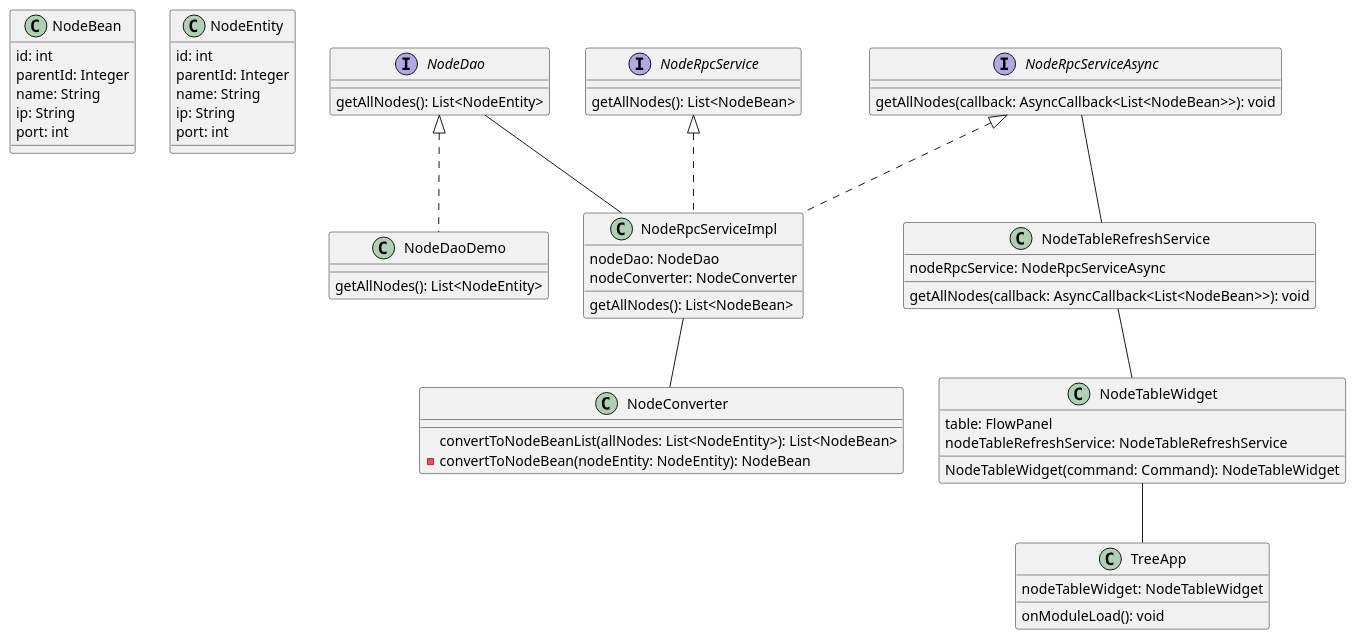
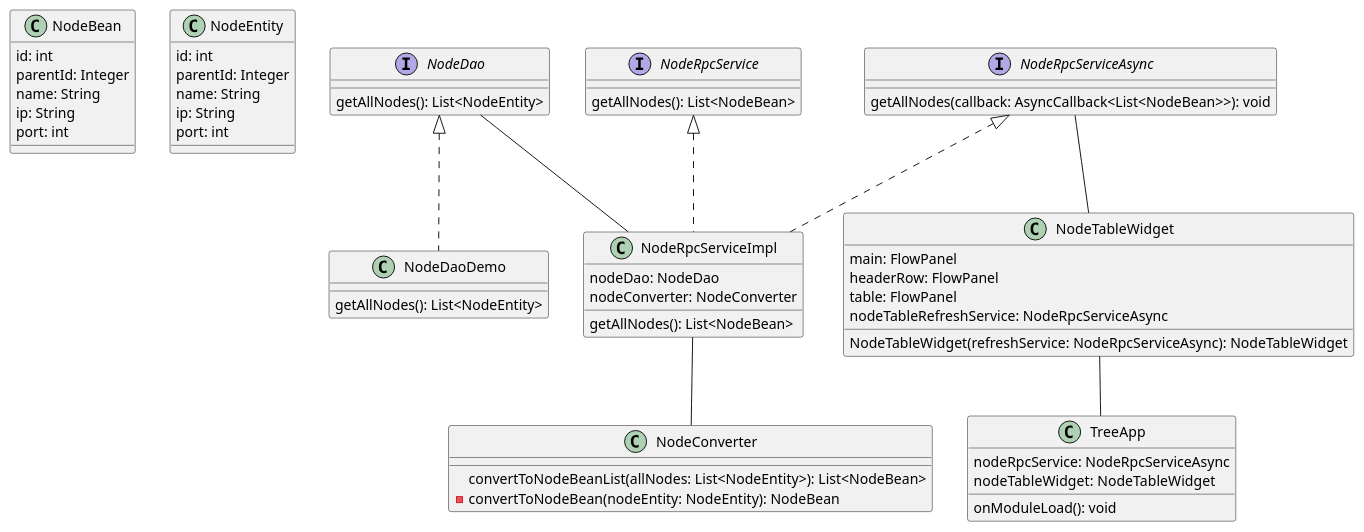
The diagram in docs/class-diagram.puml (dbespa/gwt-tree), drawn with PlantUML before and after one commit. The commit also changed 5 other files, not shown here.

Commit message:
Обновление диаграмм

```diff
--- a/docs/class-diagram.puml
+++ b/docs/class-diagram.puml
@@ -1,75 +1,71 @@
 @startuml class-diagram
 
 class NodeBean {
     id: int
     parentId: Integer
     name: String
     ip: String
     port: int
 }
 
 class NodeEntity {
     id: int
     parentId: Integer
     name: String
     ip: String
     port: int
 }
 
 interface NodeDao {
     getAllNodes(): List<NodeEntity>    
 }
 
 class NodeDaoDemo {
     getAllNodes(): List<NodeEntity>
 }
 
 class NodeConverter {
     convertToNodeBeanList(allNodes: List<NodeEntity>): List<NodeBean>
     -convertToNodeBean(nodeEntity: NodeEntity): NodeBean
 }
 
 class NodeRpcServiceImpl {
     nodeDao: NodeDao
     nodeConverter: NodeConverter
 
     getAllNodes(): List<NodeBean>
 }
 
 interface NodeRpcService {
     getAllNodes(): List<NodeBean>
 }
 
 interface NodeRpcServiceAsync {
     getAllNodes(callback: AsyncCallback<List<NodeBean>>): void   
 }
 
-class NodeTableRefreshService {
-    nodeRpcService: NodeRpcServiceAsync
+class NodeTableWidget {
+    main: FlowPanel
+    headerRow: FlowPanel
+    table: FlowPanel
+    nodeTableRefreshService: NodeRpcServiceAsync
 
-    getAllNodes(callback: AsyncCallback<List<NodeBean>>): void
-}
-
-class NodeTableWidget {
-    table: FlowPanel
-    nodeTableRefreshService: NodeTableRefreshService
-
-    NodeTableWidget(command: Command): NodeTableWidget
+    NodeTableWidget(refreshService: NodeRpcServiceAsync): NodeTableWidget
 }
 
 class TreeApp {
+    nodeRpcService: NodeRpcServiceAsync
     nodeTableWidget: NodeTableWidget
     onModuleLoad(): void
 }
 
 NodeDao <|.. NodeDaoDemo
 NodeRpcService <|.. NodeRpcServiceImpl
 NodeRpcServiceAsync <|.. NodeRpcServiceImpl
 
 NodeRpcServiceImpl -- NodeConverter
 NodeDao -- NodeRpcServiceImpl
-NodeRpcServiceAsync -- NodeTableRefreshService
-NodeTableRefreshService -- NodeTableWidget
+NodeRpcServiceAsync -- NodeTableWidget
 NodeTableWidget -- TreeApp
 
 @enduml
```
